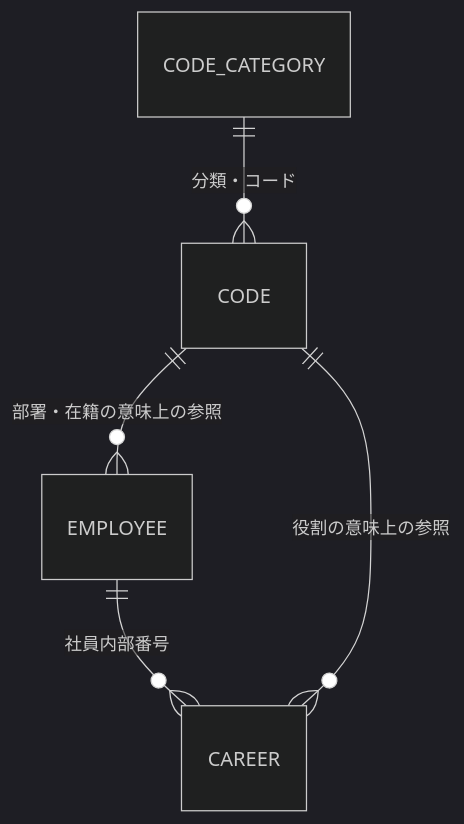
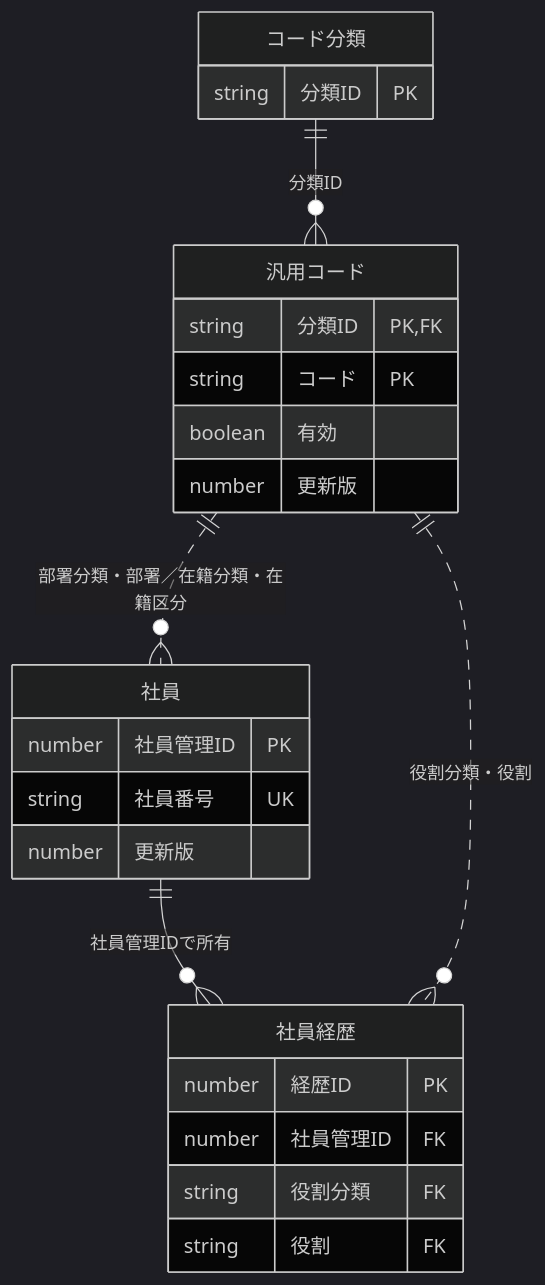
Before and after one commit to tujinrong/contextbase-evaluation: the second of 6 diagrams in sample-project2/spec/Access/基本設計書/04_社員登録画面.md, drawn with Mermaid (dark theme). The commit also changed other lines of this file and 132 other files, not shown here.

````diff
--- a/sample-project2/spec/Access/基本設計書/04_社員登録画面.md
+++ b/sample-project2/spec/Access/基本設計書/04_社員登録画面.md
@@ -97,7 +98,27 @@
 ```mermaid
 erDiagram
- EMPLOYEE ||--o{ CAREER : "社員内部番号"
- CODE_CATEGORY ||--o{ CODE : "分類・コード"
- CODE ||--o{ EMPLOYEE : "部署・在籍の意味上の参照"
- CODE ||--o{ CAREER : "役割の意味上の参照"
+ 社員 ||--o{ 社員経歴 : "社員管理IDで所有"
+ コード分類 ||--o{ 汎用コード : "分類ID"
+ 汎用コード ||..o{ 社員 : "部署分類・部署／在籍分類・在籍区分"
+ 汎用コード ||..o{ 社員経歴 : "役割分類・役割"
+ 社員 {
+  number 社員管理ID PK
+  string 社員番号 UK
+  number 更新版
+ }
+ 社員経歴 {
+  number 経歴ID PK
+  number 社員管理ID FK
+  string 役割分類 FK
+  string 役割 FK
+ }
+ 汎用コード {
+  string 分類ID PK,FK
+  string コード PK
+  boolean 有効
+  number 更新版
+ }
+ コード分類 {
+  string 分類ID PK
+ }
 ```
````
